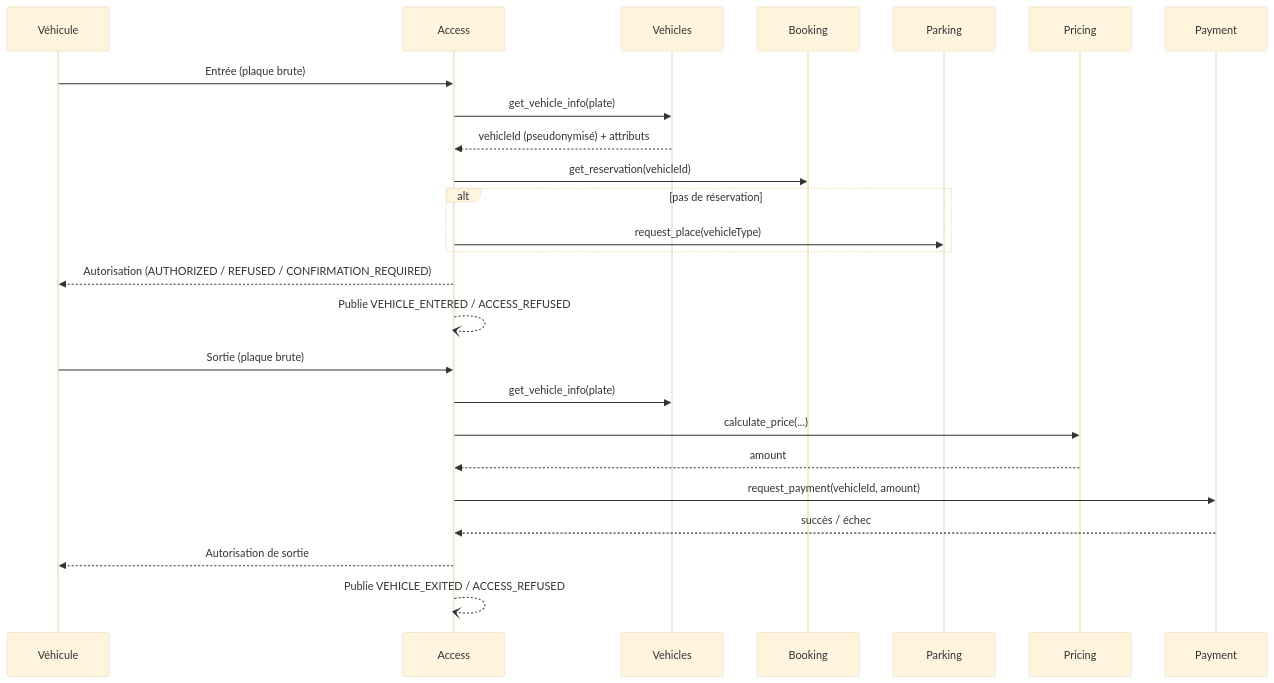
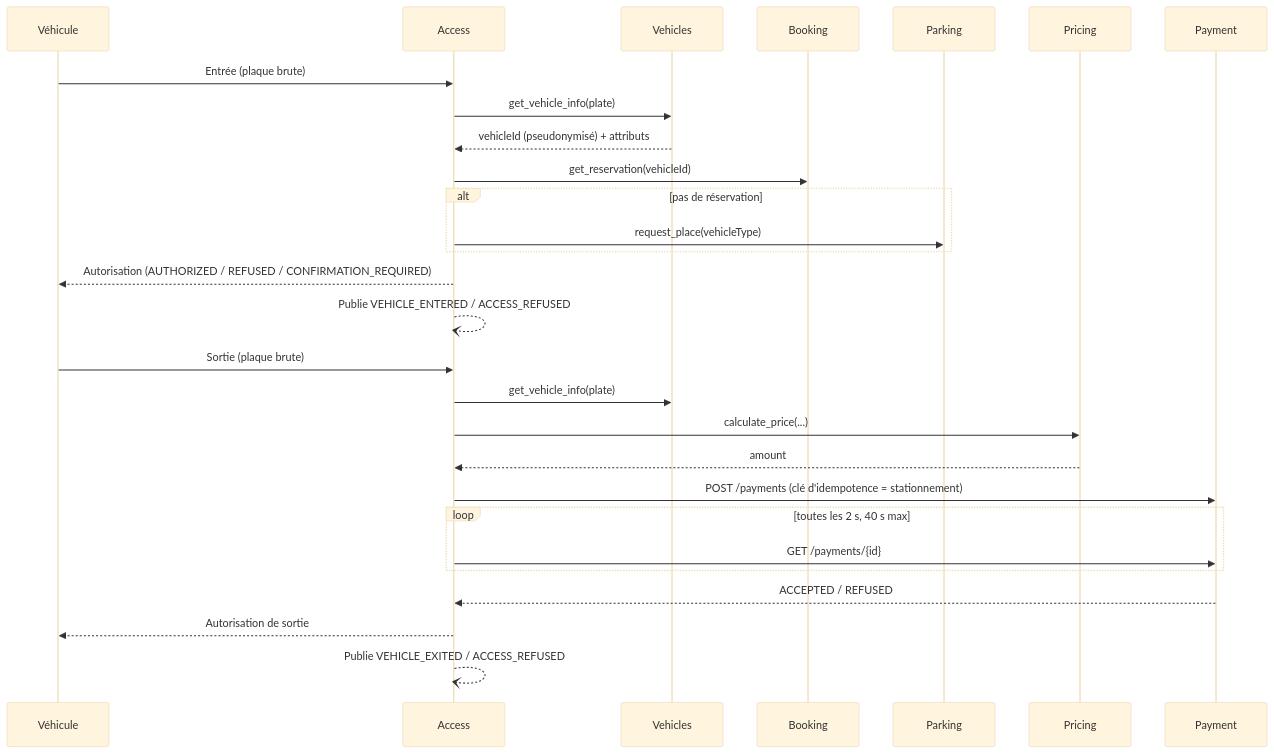
One commit to DenisDMU/access-parking changed the diagram in README.md. Above: the diagram before and after it, drawn with Mermaid (base theme). The commit also changed other lines of this file and 15 other files, not shown here.

````diff
--- a/README.md
+++ b/README.md
@@ -86,29 +86,32 @@
 ```mermaid
 sequenceDiagram
     participant V as Véhicule
     participant A as Access
     participant Ve as Vehicles
     participant B as Booking
     participant P as Parking
     participant Pr as Pricing
     participant Pa as Payment
 
     V->>A: Entrée (plaque brute)
     A->>Ve: get_vehicle_info(plate)
     Ve-->>A: vehicleId (pseudonymisé) + attributs
     A->>B: get_reservation(vehicleId)
     alt pas de réservation
         A->>P: request_place(vehicleType)
     end
     A-->>V: Autorisation (AUTHORIZED / REFUSED / CONFIRMATION_REQUIRED)
     A--)A: Publie VEHICLE_ENTERED / ACCESS_REFUSED
 
     V->>A: Sortie (plaque brute)
     A->>Ve: get_vehicle_info(plate)
     A->>Pr: calculate_price(...)
     Pr-->>A: amount
-    A->>Pa: request_payment(vehicleId, amount)
-    Pa-->>A: succès / échec
+    A->>Pa: POST /payments (clé d'idempotence = stationnement)
+    loop toutes les 2 s, 40 s max
+        A->>Pa: GET /payments/{id}
+    end
+    Pa-->>A: ACCEPTED / REFUSED
     A-->>V: Autorisation de sortie
     A--)A: Publie VEHICLE_EXITED / ACCESS_REFUSED
 ```
````
